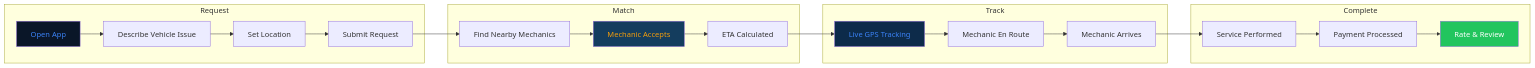
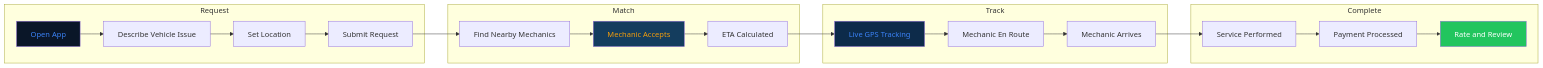
Before and after one commit to mulkymalikuldhrs/oke-mekanik-mobile-service: the first of 4 diagrams in README.md, drawn with Mermaid. The commit also changed other lines of this file and 1 other file, not shown here.

Commit message:
🎨 Upgrade: banner image + fixed Mermaid + animations + flow diagrams

````diff
--- a/README.md
+++ b/README.md
@@ -105,31 +36,31 @@
 ```mermaid
 flowchart LR
-    subgraph "Request"
+    subgraph Request["Request"]
         A["Open App"] --> B["Describe Vehicle Issue"]
         B --> C["Set Location"]
         C --> D["Submit Request"]
     end
 
-    subgraph "Match"
+    subgraph Match["Match"]
         D --> E["Find Nearby Mechanics"]
         E --> F["Mechanic Accepts"]
         F --> G["ETA Calculated"]
     end
 
-    subgraph "Track"
+    subgraph Track["Track"]
         G --> H["Live GPS Tracking"]
         H --> I["Mechanic En Route"]
         I --> J["Mechanic Arrives"]
     end
 
-    subgraph "Complete"
+    subgraph Complete["Complete"]
         J --> K["Service Performed"]
         K --> L["Payment Processed"]
-        L --> M["Rate & Review"]
+        L --> M["Rate and Review"]
     end
 
     style A fill:#0a1628,color:#3b82f6
     style F fill:#143d5e,color:#f59e0b
     style H fill:#0d2b4a,color:#3b82f6
     style M fill:#22c55e,color:#fff
 ```
````
